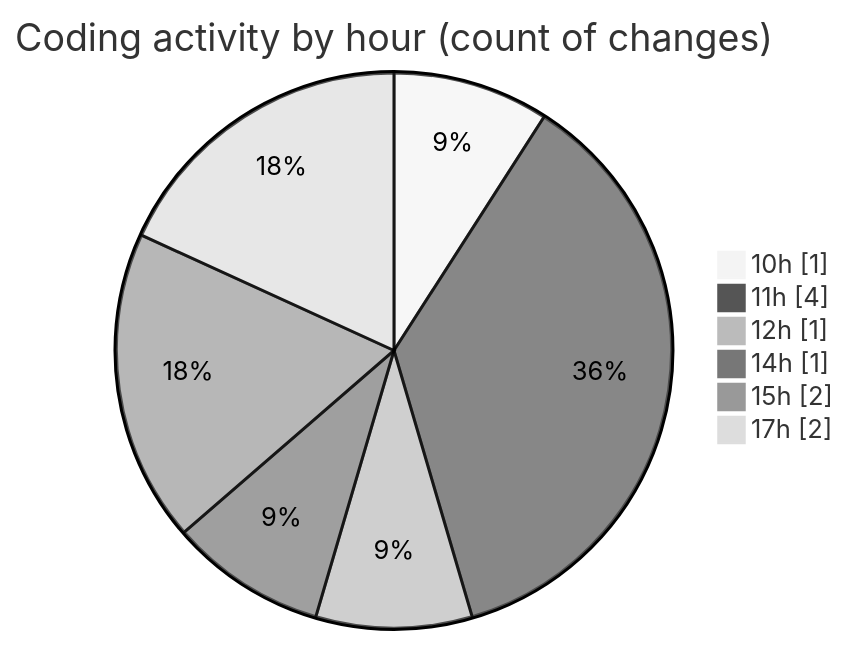
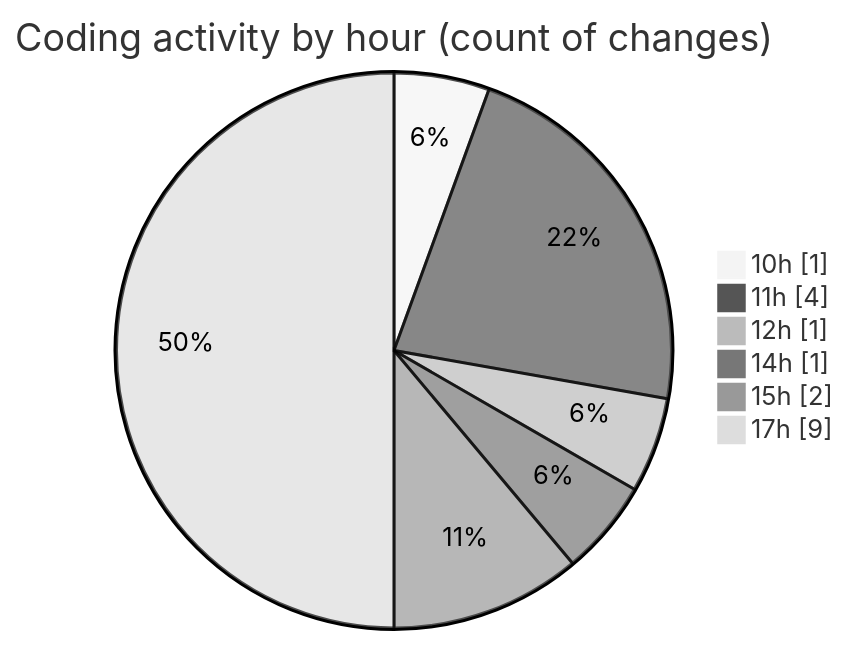
The second of 2 diagrams in 2026-11-17/cilapp/README.md (ricardozamudiocil/code-tracking), drawn with Mermaid (neutral theme) before and after one commit. The commit also changed other lines of this file and 1 other file, not shown here.

````diff
--- a/2026-11-17/cilapp/README.md
+++ b/2026-11-17/cilapp/README.md
@@ -38,10 +39,10 @@
 ```mermaid
 pie showData
 title Coding activity by hour (count of changes)
 "10h" : 1
 "11h" : 4
 "12h" : 1
 "14h" : 1
 "15h" : 2
-"17h" : 2
+"17h" : 9
 ```
````
